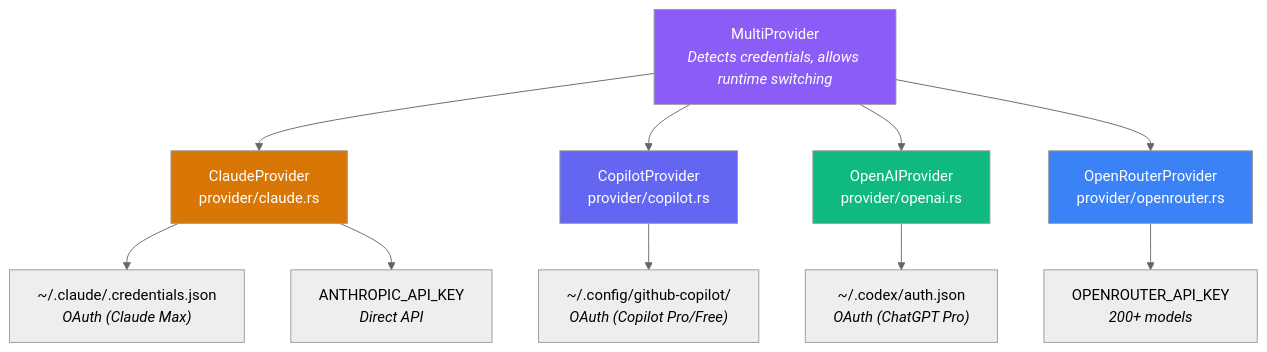
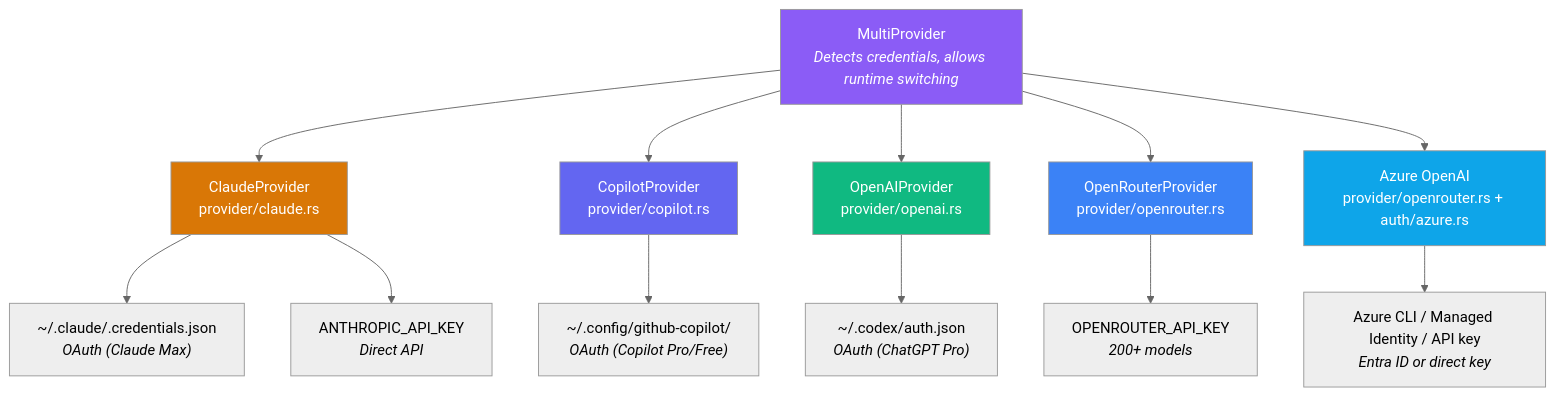
The second of 12 diagrams in README.md (zipadoodlez/kcode), drawn with Mermaid (neutral theme) before and after one commit. The commit also changed other lines of this file and 5 other files, not shown here.

Commit message:
Add Azure OpenAI provider auth support

````diff
--- a/README.md
+++ b/README.md
@@ -249,21 +251,24 @@
 ```mermaid
 graph TB
     MP["MultiProvider<br><i>Detects credentials, allows runtime switching</i>"]
 
     MP --> Claude["ClaudeProvider<br>provider/claude.rs"]
     MP --> Copilot["CopilotProvider<br>provider/copilot.rs"]
     MP --> OpenAI["OpenAIProvider<br>provider/openai.rs"]
     MP --> OR["OpenRouterProvider<br>provider/openrouter.rs"]
+    MP --> Azure["Azure OpenAI<br>provider/openrouter.rs + auth/azure.rs"]
 
     Claude --> ClaudeCreds["~/.claude/.credentials.json<br><i>OAuth (Claude Max)</i>"]
     Claude --> APIKey["ANTHROPIC_API_KEY<br><i>Direct API</i>"]
     Copilot --> GHCreds["~/.config/github-copilot/<br><i>OAuth (Copilot Pro/Free)</i>"]
     OpenAI --> CodexCreds["~/.codex/auth.json<br><i>OAuth (ChatGPT Pro)</i>"]
     OR --> ORKey["OPENROUTER_API_KEY<br><i>200+ models</i>"]
+    Azure --> AzureCreds["Azure CLI / Managed Identity / API key<br><i>Entra ID or direct key</i>"]
 
     style MP fill:#8b5cf6,color:#fff
     style Claude fill:#d97706,color:#fff
     style Copilot fill:#6366f1,color:#fff
     style OpenAI fill:#10b981,color:#fff
     style OR fill:#3b82f6,color:#fff
+    style Azure fill:#0ea5e9,color:#fff
 ```
````
